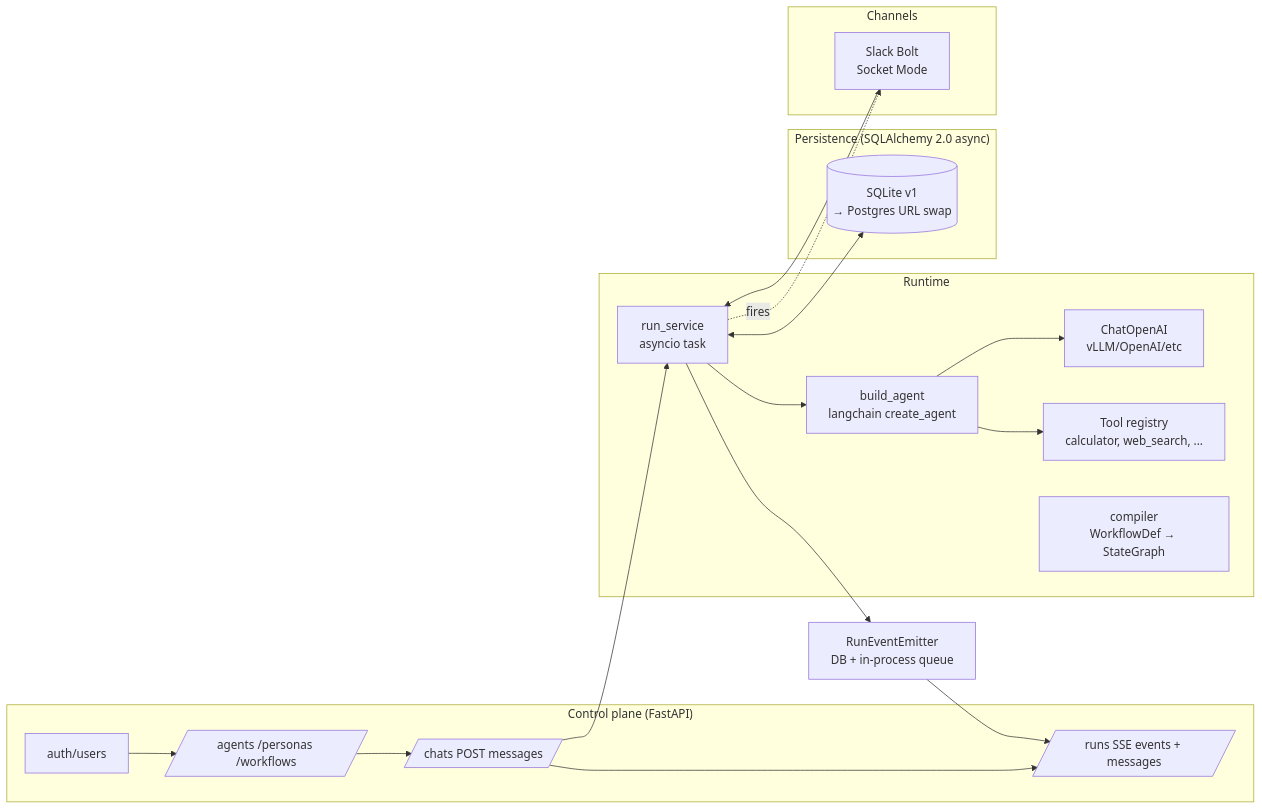
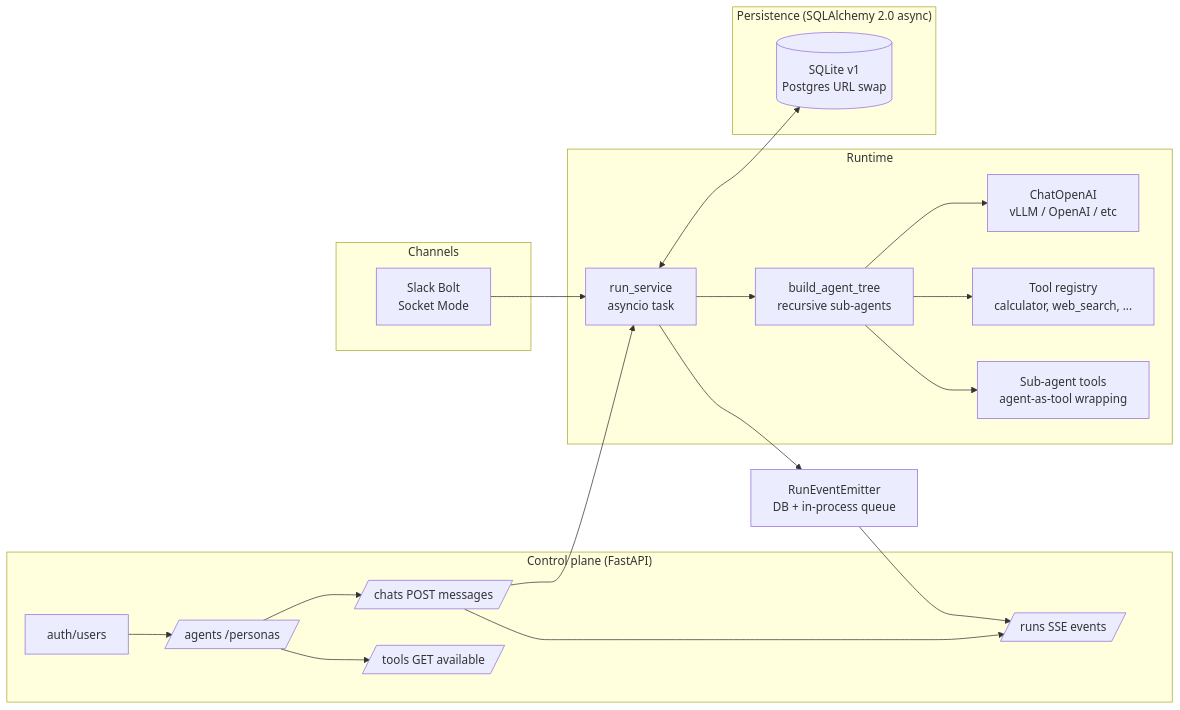
The diagram in README.md (deshwalmahesh/open-agent-orchestrator), drawn with Mermaid before and after one commit. The commit also changed other lines of this file and 95 other files, not shown here.

````diff
--- a/README.md
+++ b/README.md
@@ -12,30 +11,30 @@
 ```mermaid
 flowchart LR
   subgraph Control["Control plane (FastAPI)"]
-    A[auth/users] --> R1[/agents /personas /workflows/]
+    A[auth/users] --> R1[/agents /personas/]
     R1 --> R2[/chats POST messages/]
-    R2 --> R3[/runs SSE events + messages/]
+    R2 --> R3[/runs SSE events/]
+    R1 --> R4[/tools GET available/]
   end
 
   subgraph Runtime["Runtime"]
-    RS[run_service<br/>asyncio task] --> BA[build_agent<br/>langchain create_agent]
-    BA --> LL[ChatOpenAI<br/>vLLM/OpenAI/etc]
+    RS[run_service<br/>asyncio task] --> BA[build_agent_tree<br/>recursive sub-agents]
+    BA --> LL[ChatOpenAI<br/>vLLM / OpenAI / etc]
     BA --> TR[Tool registry<br/>calculator, web_search, ...]
-    CP[compiler<br/>WorkflowDef → StateGraph]
+    BA --> SA2[Sub-agent tools<br/>agent-as-tool wrapping]
   end
 
   subgraph Persist["Persistence (SQLAlchemy 2.0 async)"]
-    SQL[(SQLite v1<br/>→ Postgres URL swap)]
+    SQL[(SQLite v1<br/>Postgres URL swap)]
   end
 
   subgraph Channels["Channels"]
     SA[Slack Bolt<br/>Socket Mode]
   end
 
   R2 --> RS
   RS <--> SQL
   RS --> EM[RunEventEmitter<br/>DB + in-process queue]
   EM --> R3
   SA --> RS
-  RS -. fires .-> SA
 ```
````
